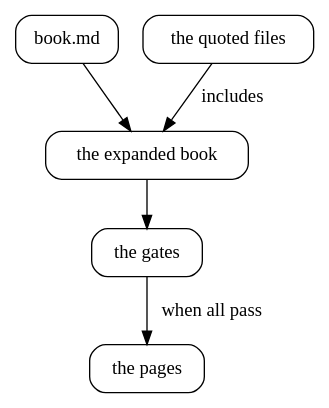
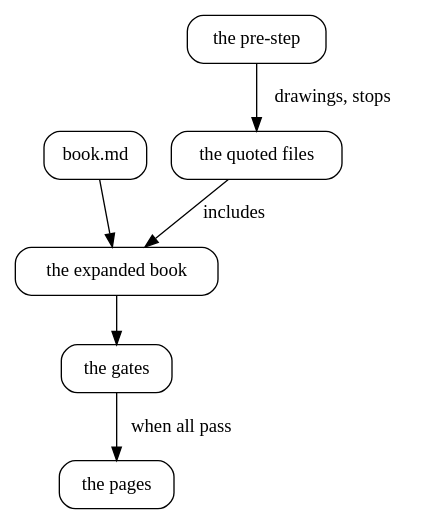
The first of 2 diagrams in building-books/book.md (showell/roc-apps), drawn with Graphviz before and after one commit. The commit also changed other lines of this file and 10 other files, not shown here.

````diff
--- a/building-books/book.md
+++ b/building-books/book.md
@@ -139,14 +145,16 @@
-```dot The build, from the source to the pages
+```dot
 digraph {
   node [shape=box, style=rounded];
   src [label="book.md"];
+  pre [label="the pre-step"];
   files [label="the quoted files"];
   ex [label="the expanded book"];
   gates [label="the gates"];
   pages [label="the pages"];
+  pre -> files [label="drawings, stops"];
   files -> ex [label="includes"];
   src -> ex;
   ex -> gates;
   gates -> pages [label="when all pass"];
 }
 ```
````
